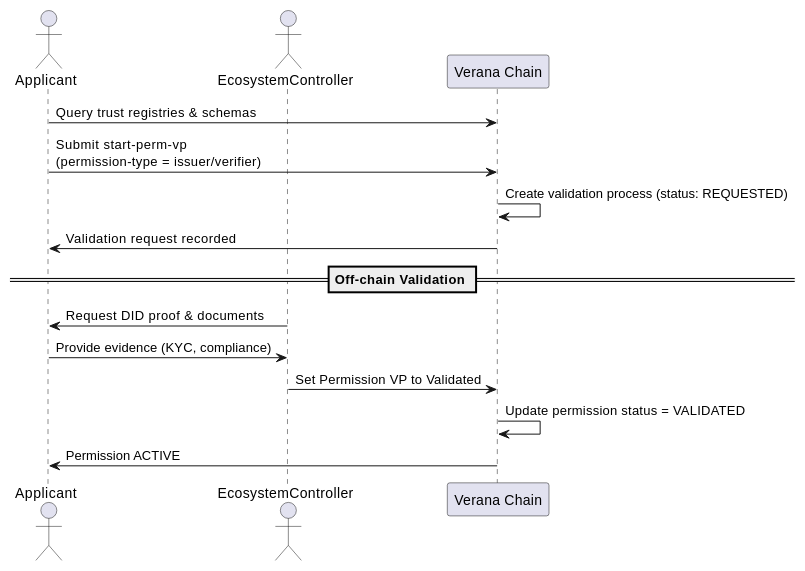
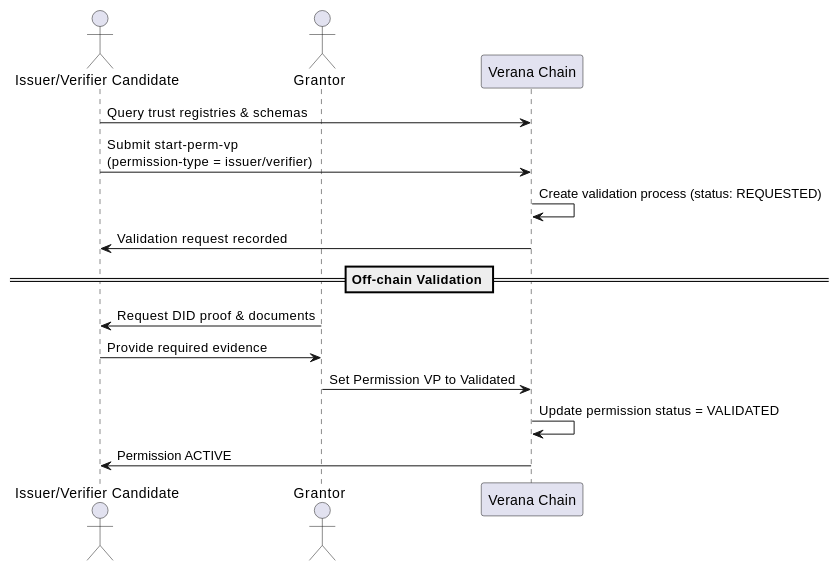
One commit to verana-labs/verana-docs changed the fourth of 5 diagrams in docs/use/ecosystems/20-onboarding.md. Above: the diagram before and after it, drawn with PlantUML.

Commit message:
feat: improve validation process

````diff
--- a/docs/use/ecosystems/20-onboarding.md
+++ b/docs/use/ecosystems/20-onboarding.md
@@ -233,19 +235,19 @@
 ```plantuml
 @startuml
-actor Applicant
-actor EcosystemController
+actor "Issuer/Verifier Candidate" as Applicant
+actor Grantor
 participant "Verana Chain" as Chain
 
 Applicant -> Chain: Query trust registries & schemas
 Applicant -> Chain: Submit start-perm-vp\n(permission-type = issuer/verifier)
 Chain -> Chain: Create validation process (status: REQUESTED)
 Applicant <- Chain: Validation request recorded
 
 == Off-chain Validation ==
-EcosystemController -> Applicant: Request DID proof & documents
-Applicant -> EcosystemController: Provide evidence (KYC, compliance)
-EcosystemController -> Chain: Set Permission VP to Validated
+Grantor -> Applicant: Request DID proof & documents
+Applicant -> Grantor: Provide required evidence
+Grantor -> Chain: Set Permission VP to Validated
 Chain -> Chain: Update permission status = VALIDATED
 Applicant <- Chain: Permission ACTIVE
 @enduml
 ```
````
